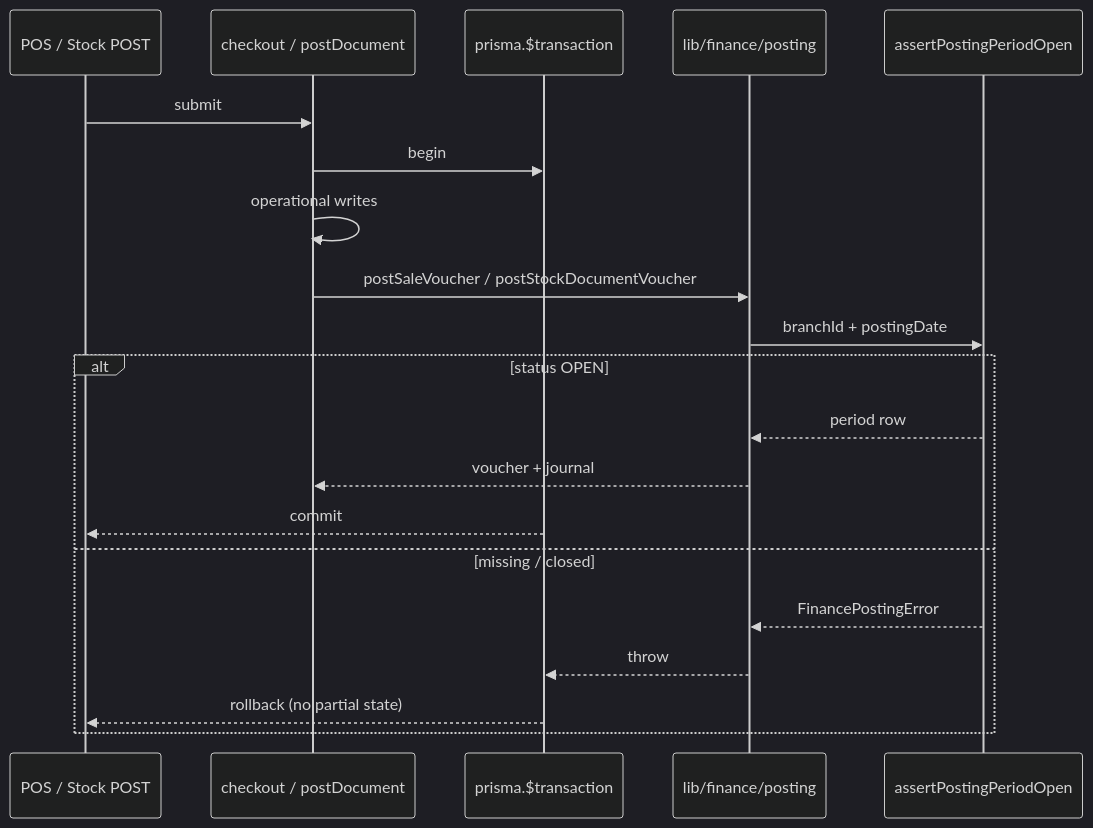
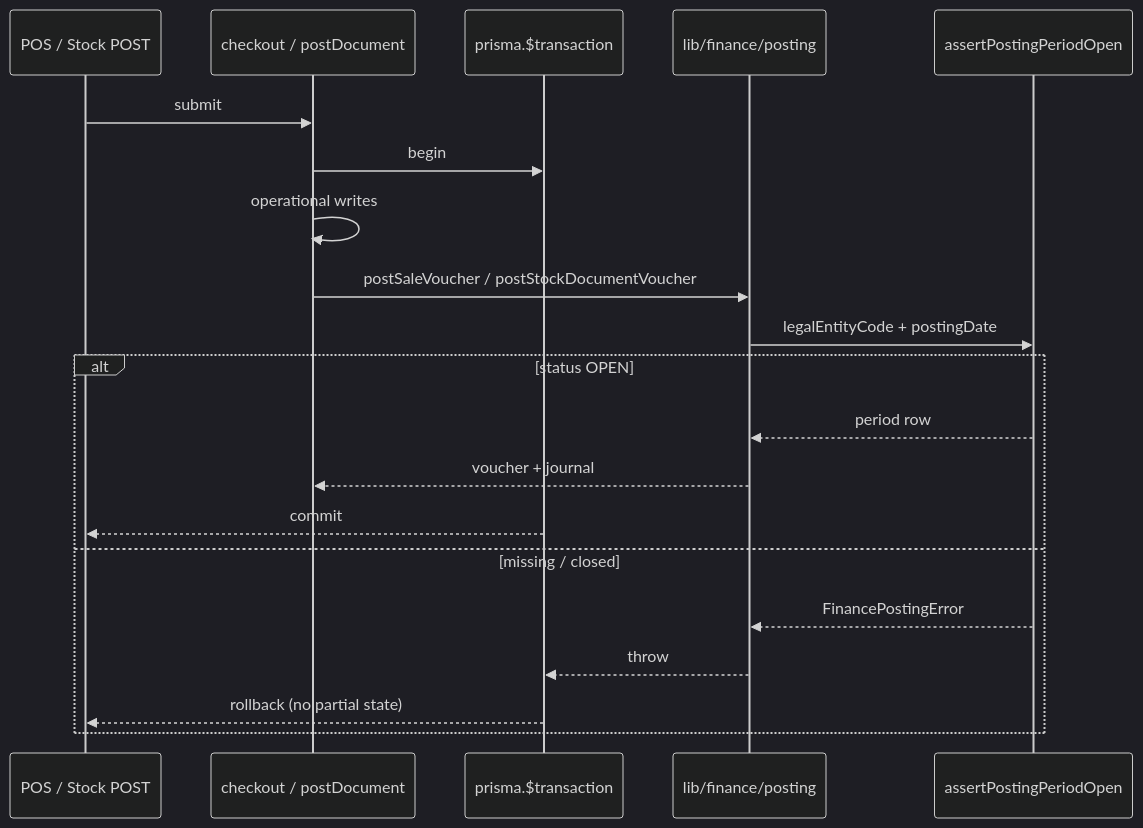
Before and after one commit to thkiti/asa-con-v0: the second of 5 diagrams in docs/15_FINANCE_PERIODS.md, drawn with Mermaid (dark theme). The commit also changed other lines of this file and 39 other files, not shown here.

Commit message:
Align accounting periods to legal entity scope

````diff
--- a/docs/15_FINANCE_PERIODS.md
+++ b/docs/15_FINANCE_PERIODS.md
@@ -66,23 +66,23 @@
 ```mermaid
 sequenceDiagram
   participant UI as POS / Stock POST
   participant Orch as checkout / postDocument
   participant Tx as prisma.$transaction
   participant Fin as lib/finance/posting
   participant Period as assertPostingPeriodOpen
 
   UI->>Orch: submit
   Orch->>Tx: begin
   Orch->>Orch: operational writes
   Orch->>Fin: postSaleVoucher / postStockDocumentVoucher
-  Fin->>Period: branchId + postingDate
+  Fin->>Period: legalEntityCode + postingDate
   alt status OPEN
     Period-->>Fin: period row
     Fin-->>Orch: voucher + journal
     Tx-->>UI: commit
   else missing / closed
     Period-->>Fin: FinancePostingError
     Fin-->>Tx: throw
     Tx-->>UI: rollback (no partial state)
   end
 ```
````
